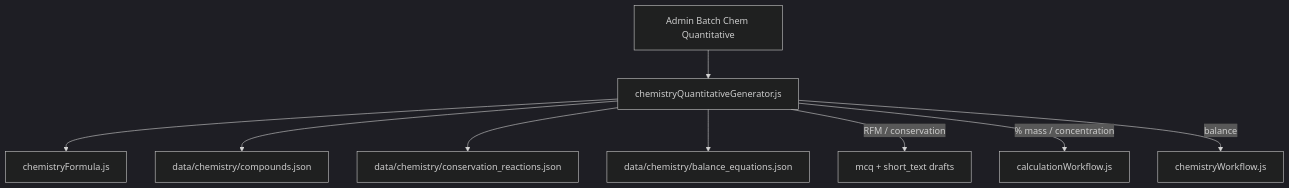
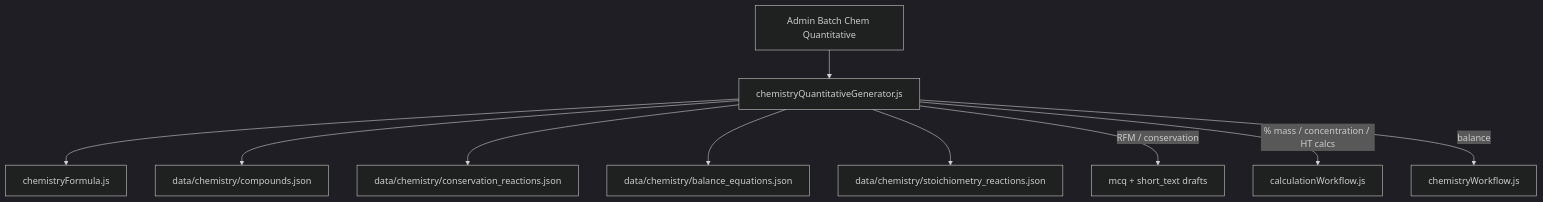
One commit to jrdigby/aqa-trilogy-app changed the diagram in chemistry_quantitative_batch_plan.md. Above: the diagram before and after it, drawn with Mermaid (dark theme). The commit also changed other lines of this file and 7 other files, not shown here.

````diff
--- a/chemistry_quantitative_batch_plan.md
+++ b/chemistry_quantitative_batch_plan.md
@@ -20,20 +23,22 @@
 ```mermaid
 flowchart TB
   admin[Admin Batch Chem Quantitative]
   gen[chemistryQuantitativeGenerator.js]
   formula[chemistryFormula.js]
   compounds[data/chemistry/compounds.json]
   reactions[data/chemistry/conservation_reactions.json]
   balanceBank[data/chemistry/balance_equations.json]
+  stoich[data/chemistry/stoichiometry_reactions.json]
   calc[calculationWorkflow.js]
   chemWf[chemistryWorkflow.js]
 
   admin --> gen
   gen --> formula
   gen --> compounds
   gen --> reactions
   gen --> balanceBank
+  gen --> stoich
   gen -->|"RFM / conservation"| mcqShort[mcq + short_text drafts]
-  gen -->|"% mass / concentration"| calc
+  gen -->|"% mass / concentration / HT calcs"| calc
   gen -->|"balance"| chemWf
 ```
````
